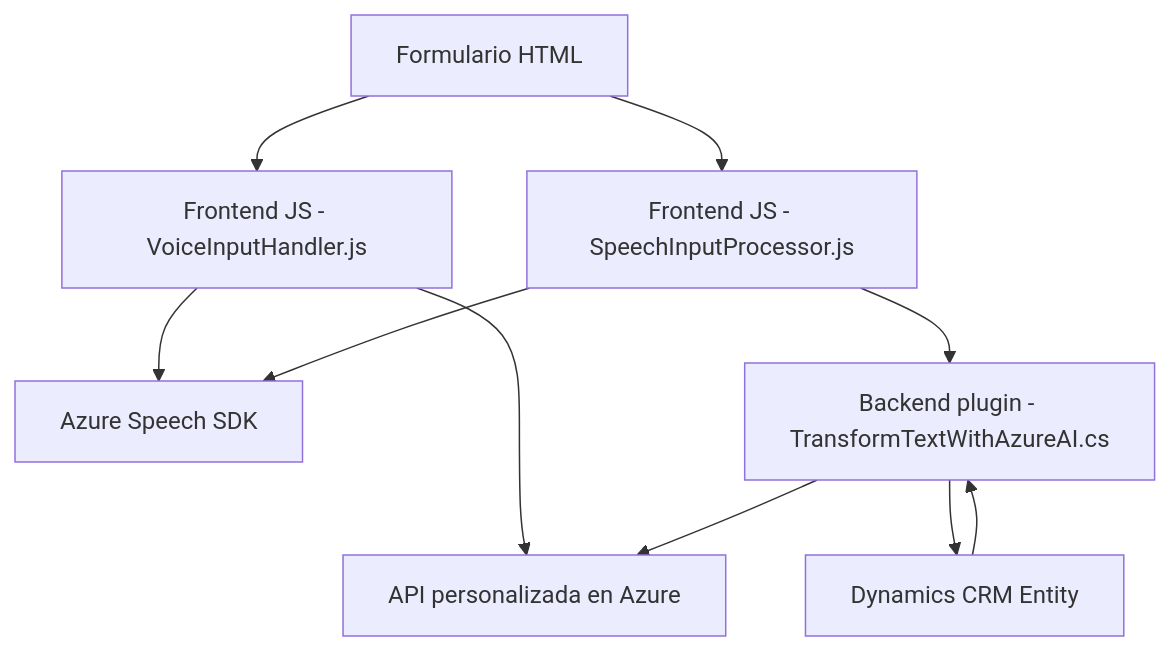
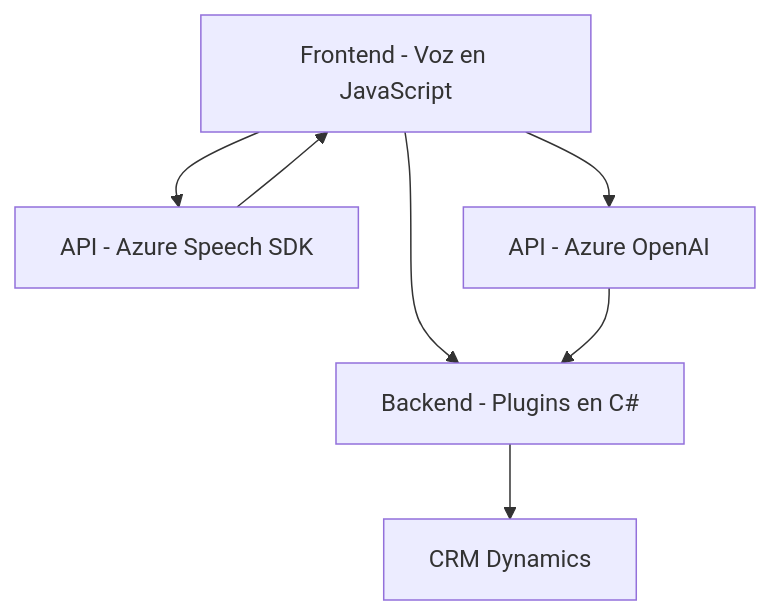
One commit to blopezdm/NETCORE_BILBAO2025 changed the diagram in README.md. Above: the diagram before and after it, drawn with Mermaid. The commit also changed other lines of this file, not shown here.

````diff
--- a/README.md
+++ b/README.md
@@ -40,20 +36,15 @@
 ```mermaid
 graph TD
-    A["Formulario HTML"]
-    B["Frontend JS - VoiceInputHandler.js"]
-    C["Frontend JS - SpeechInputProcessor.js"]
-    D["Azure Speech SDK"]
-    E["API personalizada en Azure"]
-    F["Backend plugin - TransformTextWithAzureAI.cs"]
-    G["Dynamics CRM Entity"]
-
+    A["Frontend - Voz en JavaScript"]
+    B["Backend - Plugins en C#"]
+    C["API - Azure Speech SDK"]
+    D["API - Azure OpenAI"]
+    E["CRM Dynamics"]
+    
+    A --> C
+    A --> D
     A --> B
-    B --> D
     B --> E
-    A --> C
-    C --> D
-    C --> F
-    F --> E
-    F --> G
-    G --> F
+    C --> A
+    D --> B
 ```
````
